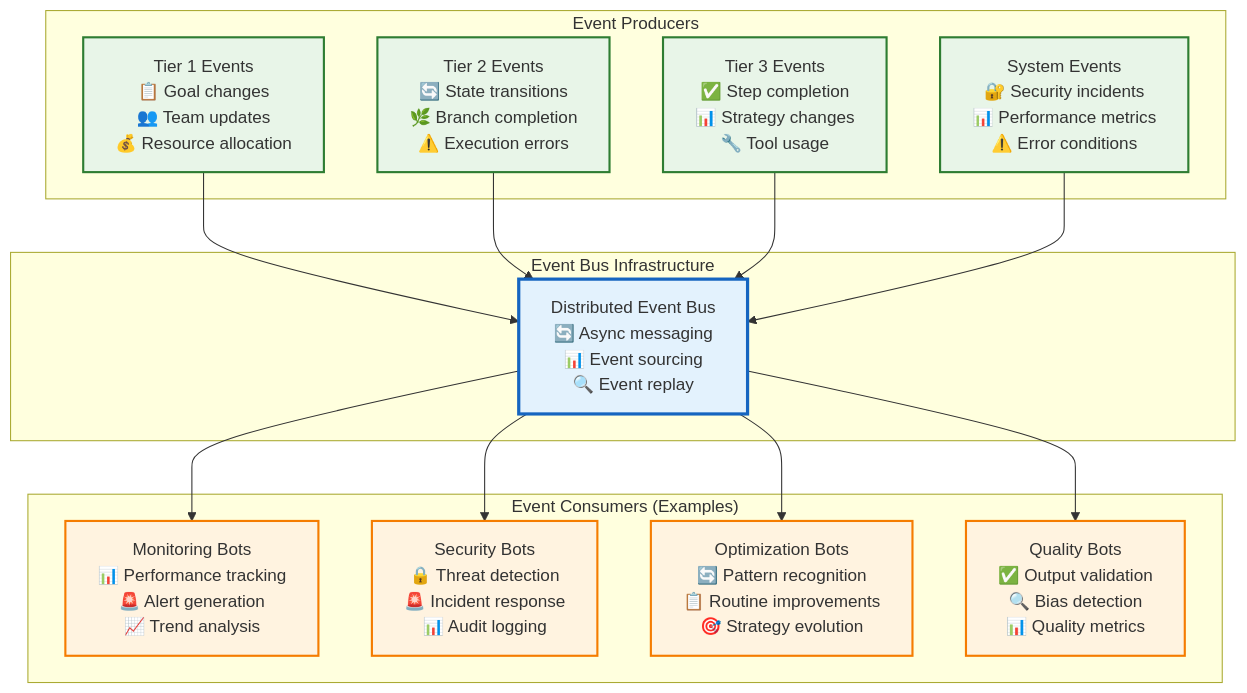
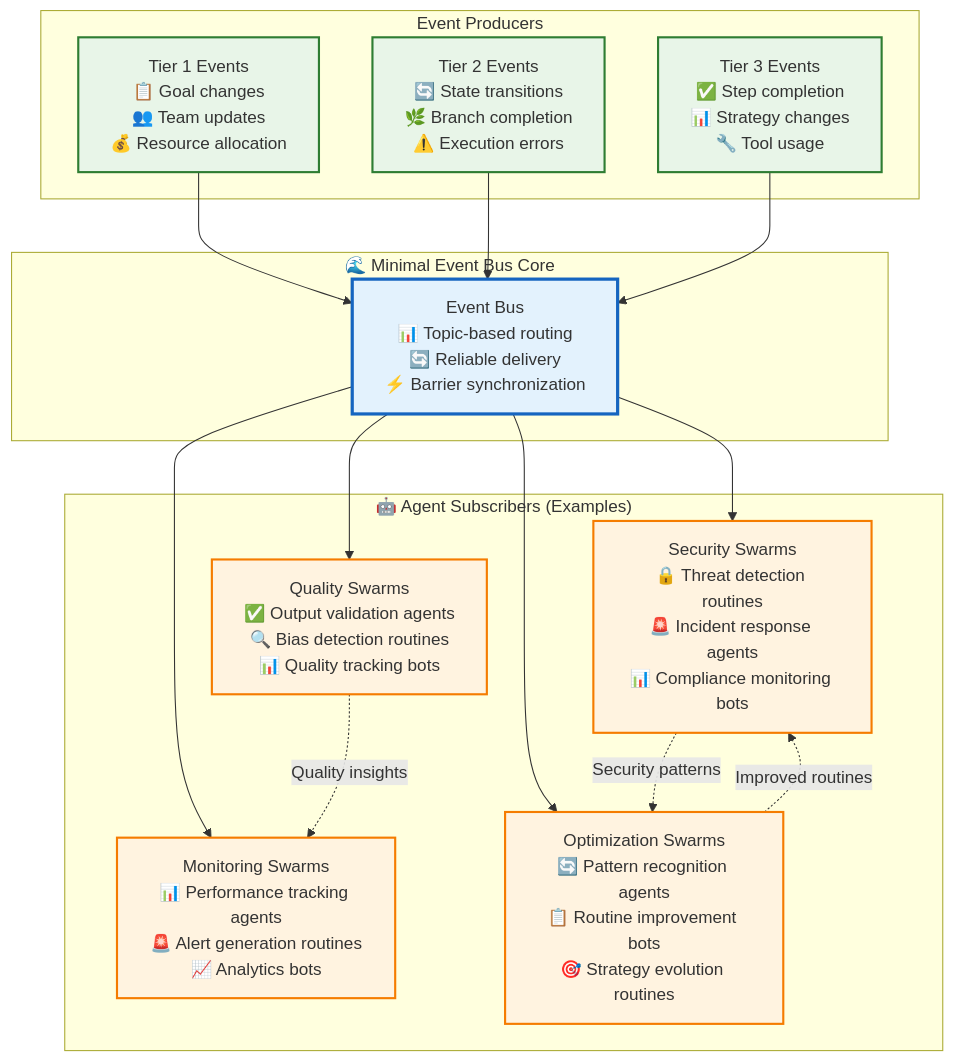
Before and after one commit to Vrooli/Vrooli: the first of 2 diagrams in docs/architecture/execution/event-driven/README.md, drawn with Mermaid. The commit also changed other lines of this file and 21 other files, not shown here.

````diff
--- a/docs/architecture/execution/event-driven/README.md
+++ b/docs/architecture/execution/event-driven/README.md
@@ -11,38 +13,41 @@
 ```mermaid
 graph TB
-    subgraph "Event Bus Infrastructure"
-        EventBus[Distributed Event Bus<br/>🔄 Async messaging<br/>📊 Event sourcing<br/>🔍 Event replay]
+    subgraph "🌊 Minimal Event Bus Core"
+        EventBus[Event Bus<br/>📊 Topic-based routing<br/>🔄 Reliable delivery<br/>⚡ Barrier synchronization]
     end
     
     subgraph "Event Producers"
         T1Events[Tier 1 Events<br/>📋 Goal changes<br/>👥 Team updates<br/>💰 Resource allocation]
         T2Events[Tier 2 Events<br/>🔄 State transitions<br/>🌿 Branch completion<br/>⚠️ Execution errors]
         T3Events[Tier 3 Events<br/>✅ Step completion<br/>📊 Strategy changes<br/>🔧 Tool usage]
-        SystemEvents[System Events<br/>🔐 Security incidents<br/>📊 Performance metrics<br/>⚠️ Error conditions]
     end
     
-    subgraph "Event Consumers (Examples)"
-        MonitoringBots[Monitoring Bots<br/>📊 Performance tracking<br/>🚨 Alert generation<br/>📈 Trend analysis]
-        SecurityBots[Security Bots<br/>🔒 Threat detection<br/>🚨 Incident response<br/>📊 Audit logging]
-        OptimizationBots[Optimization Bots<br/>🔄 Pattern recognition<br/>📋 Routine improvements<br/>🎯 Strategy evolution]
-        QualityBots[Quality Bots<br/>✅ Output validation<br/>🔍 Bias detection<br/>📊 Quality metrics]
+    subgraph "🤖 Agent Subscribers (Examples)"
+        SecuritySwarms[Security Swarms<br/>🔒 Threat detection routines<br/>🚨 Incident response agents<br/>📊 Compliance monitoring bots]
+        MonitoringSwarms[Monitoring Swarms<br/>📊 Performance tracking agents<br/>🚨 Alert generation routines<br/>📈 Analytics bots]
+        OptimizationSwarms[Optimization Swarms<br/>🔄 Pattern recognition agents<br/>📋 Routine improvement bots<br/>🎯 Strategy evolution routines]
+        QualitySwarms[Quality Swarms<br/>✅ Output validation agents<br/>🔍 Bias detection routines<br/>📊 Quality tracking bots]
     end
     
     T1Events --> EventBus
     T2Events --> EventBus
     T3Events --> EventBus
-    SystemEvents --> EventBus
     
-    EventBus --> MonitoringBots
-    EventBus --> SecurityBots
-    EventBus --> OptimizationBots
-    EventBus --> QualityBots
+    EventBus --> SecuritySwarms
+    EventBus --> MonitoringSwarms
+    EventBus --> OptimizationSwarms
+    EventBus --> QualitySwarms
+    
+    %% Self-improvement loops
+    OptimizationSwarms -.->|"Improved routines"| SecuritySwarms
+    QualitySwarms -.->|"Quality insights"| MonitoringSwarms
+    SecuritySwarms -.->|"Security patterns"| OptimizationSwarms
     
     classDef eventBus fill:#e3f2fd,stroke:#1565c0,stroke-width:3px
     classDef producers fill:#e8f5e8,stroke:#2e7d32,stroke-width:2px
     classDef consumers fill:#fff3e0,stroke:#f57c00,stroke-width:2px
     
     class EventBus eventBus
-    class T1Events,T2Events,T3Events,SystemEvents producers
-    class MonitoringBots,SecurityBots,OptimizationBots,QualityBots consumers
+    class T1Events,T2Events,T3Events producers
+    class SecuritySwarms,MonitoringSwarms,OptimizationSwarms,QualitySwarms consumers
 ```
````
